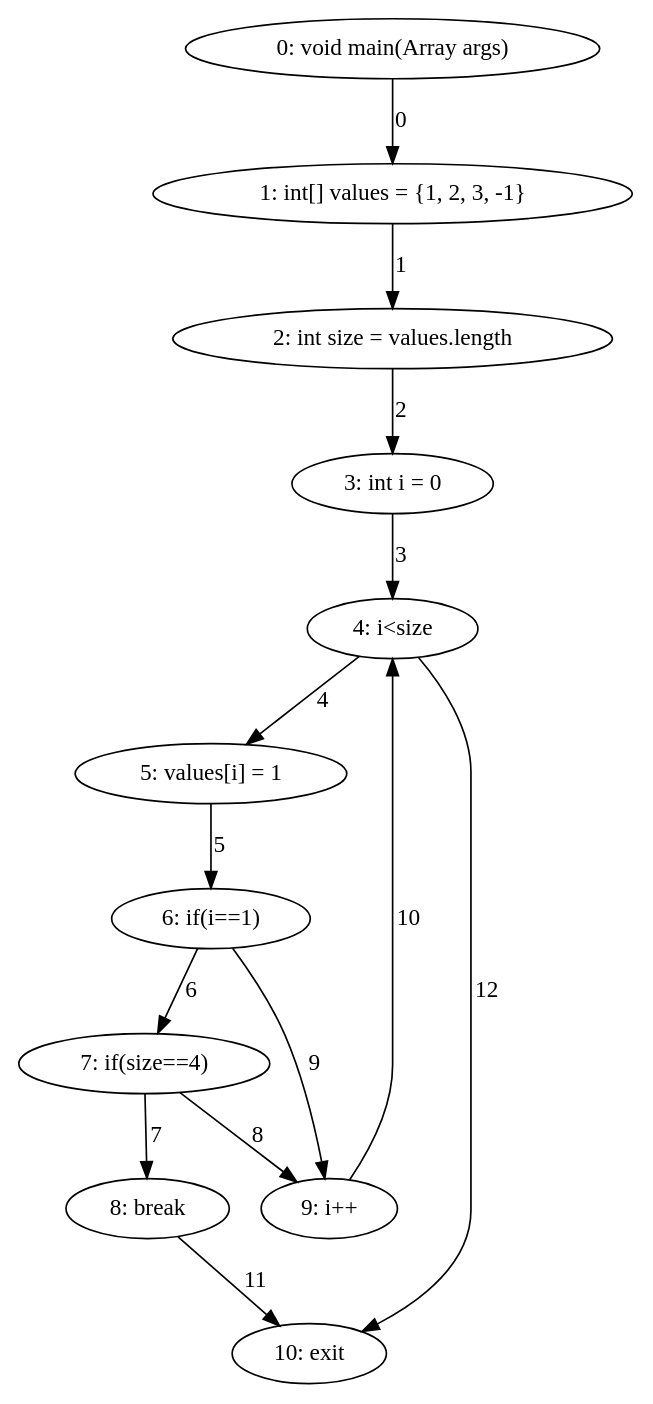
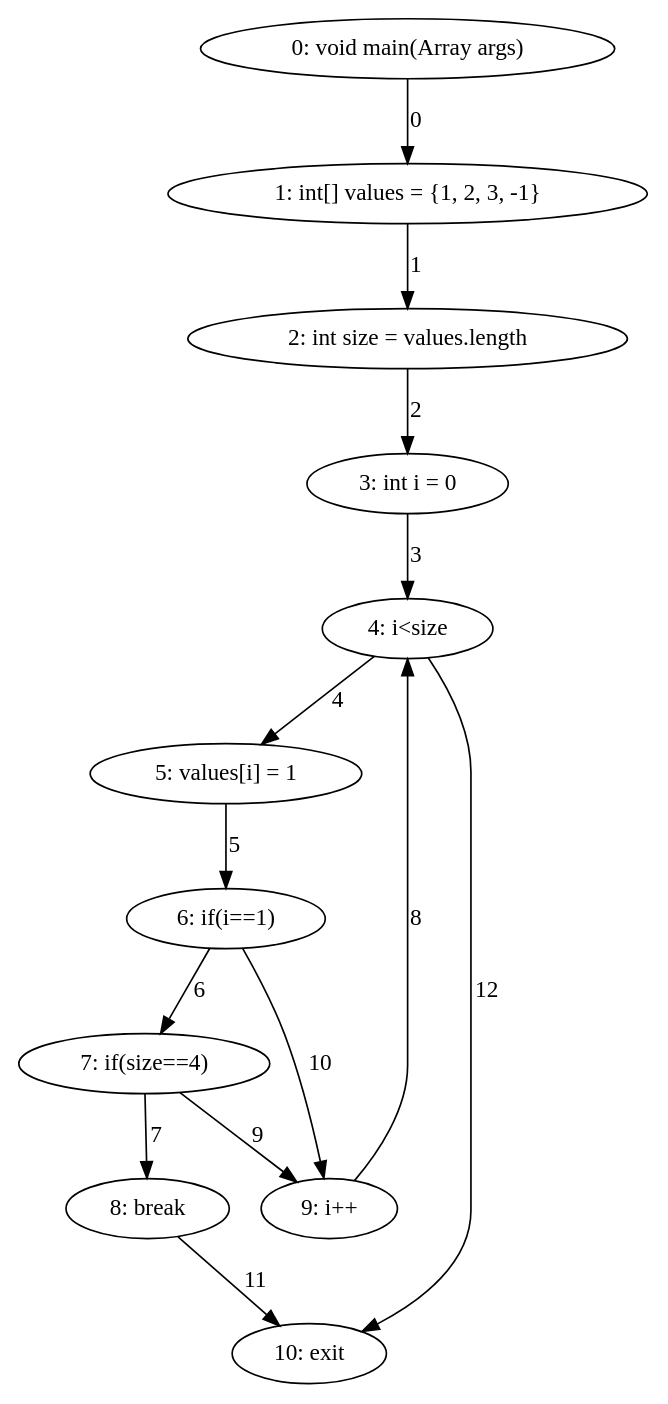
The diagram in export/for_example_break_in_double_if_cfg.dot (DominguesGM/comp_astanalyze), drawn with Graphviz before and after one commit. The commit also changed 7 other files, not shown here.

```diff
--- a/export/for_example_break_in_double_if_cfg.dot
+++ b/export/for_example_break_in_double_if_cfg.dot
@@ -1,26 +1,26 @@
 digraph G {
   1 [ label="0: void main(Array args)" ];
   2 [ label="1: int[] values = {1, 2, 3, -1}" ];
   3 [ label="2: int size = values.length" ];
   4 [ label="3: int i = 0" ];
   5 [ label="4: i<size" ];
   6 [ label="5: values[i] = 1" ];
   7 [ label="6: if(i==1)" ];
   8 [ label="7: if(size==4)" ];
   9 [ label="8: break" ];
   10 [ label="9: i++" ];
   11 [ label="10: exit" ];
   1 -> 2 [ label="0" ];
   2 -> 3 [ label="1" ];
   3 -> 4 [ label="2" ];
   4 -> 5 [ label="3" ];
   5 -> 6 [ label="4" ];
   6 -> 7 [ label="5" ];
   7 -> 8 [ label="6" ];
   8 -> 9 [ label="7" ];
-  8 -> 10 [ label="8" ];
-  7 -> 10 [ label="9" ];
-  10 -> 5 [ label="10" ];
+  10 -> 5 [ label="8" ];
+  8 -> 10 [ label="9" ];
+  7 -> 10 [ label="10" ];
   9 -> 11 [ label="11" ];
   5 -> 11 [ label="12" ];
 }
```
